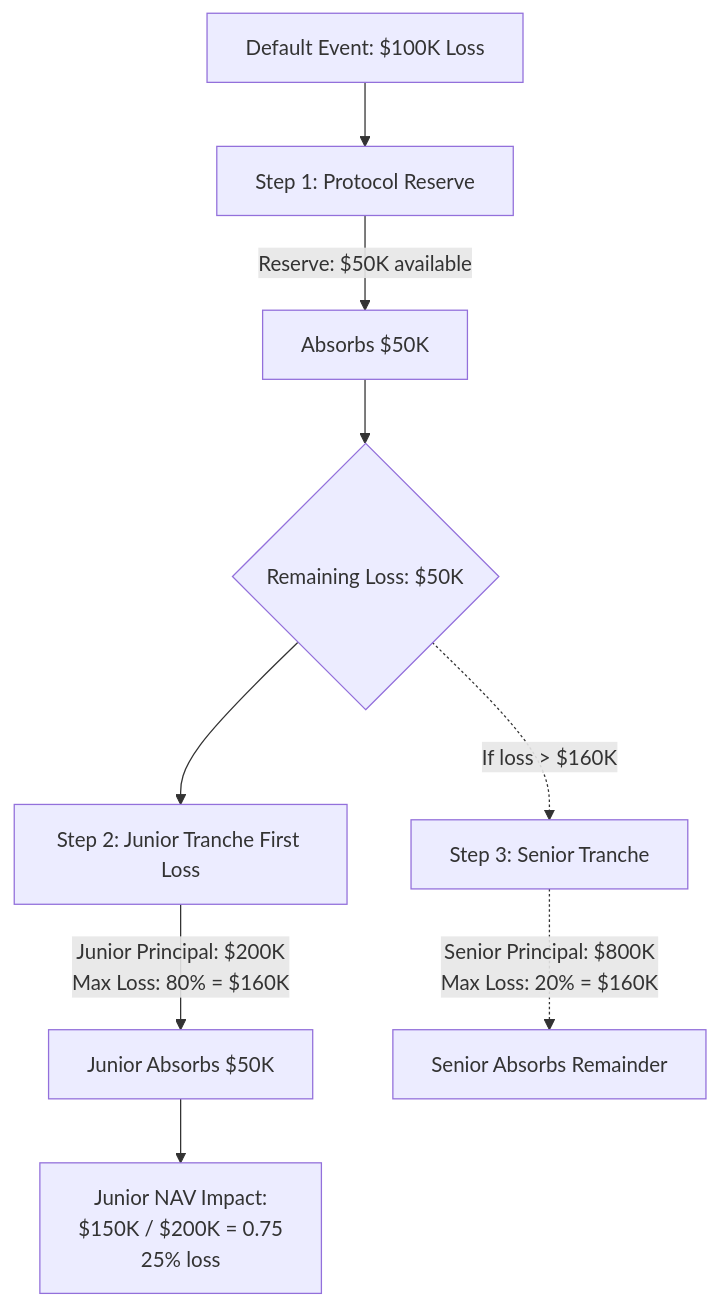
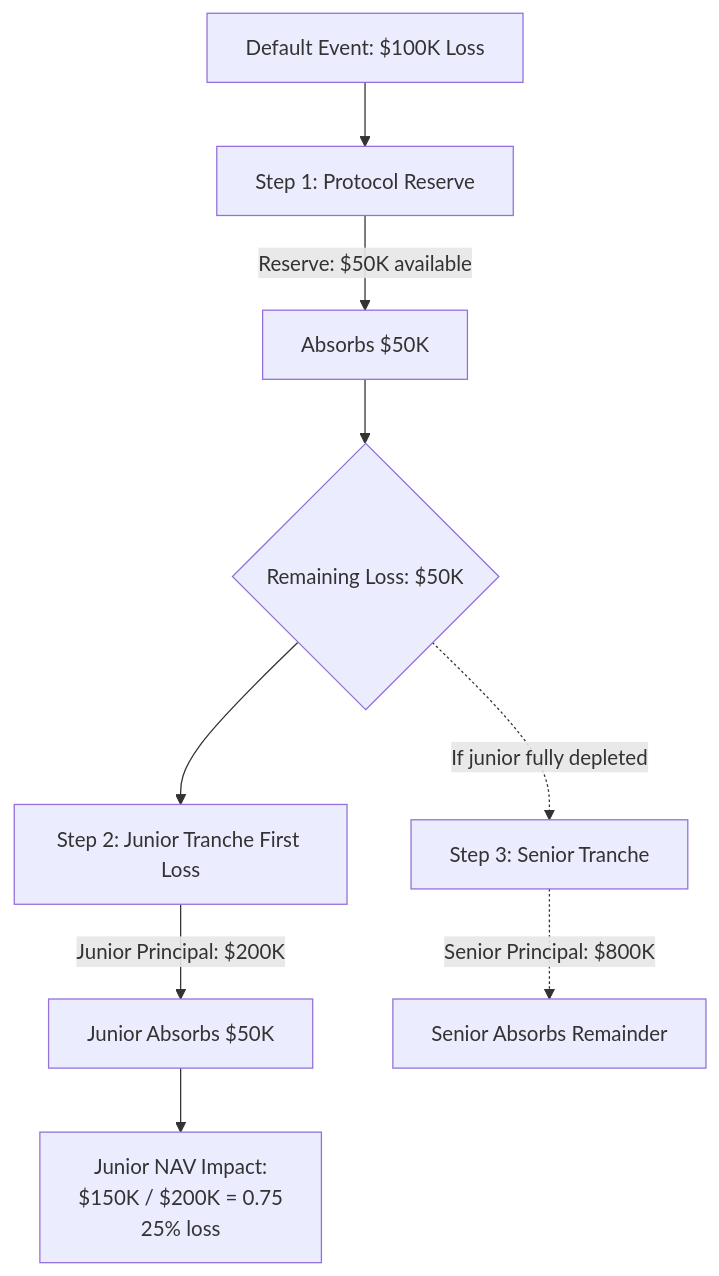
The diagram in docs/content/(mechanics)/tranches.mdx (KachFlow/kach), drawn with Mermaid before and after one commit. The commit also changed other lines of this file and 3 other files, not shown here.

````diff
--- a/docs/content/(mechanics)/tranches.mdx
+++ b/docs/content/(mechanics)/tranches.mdx
@@ -34,13 +34,13 @@
 ```mermaid
 graph TD
     A[Default Event: $100K Loss] --> B[Step 1: Protocol Reserve]
     B -->|Reserve: $50K available| C[Absorbs $50K]
     C --> D{Remaining Loss: $50K}
 
     D --> E[Step 2: Junior Tranche First Loss]
-    E -->|Junior Principal: $200K<br/>Max Loss: 80% = $160K| F[Junior Absorbs $50K]
+    E -->|Junior Principal: $200K| F[Junior Absorbs $50K]
     F --> G[Junior NAV Impact:<br/>$150K / $200K = 0.75<br/>25% loss]
 
-    D -.->|If loss > $160K| H[Step 3: Senior Tranche]
-    H -.->|Senior Principal: $800K<br/>Max Loss: 20% = $160K| I[Senior Absorbs Remainder]
+    D -.->|If junior fully depleted| H[Step 3: Senior Tranche]
+    H -.->|Senior Principal: $800K| I[Senior Absorbs Remainder]
 ```
````
